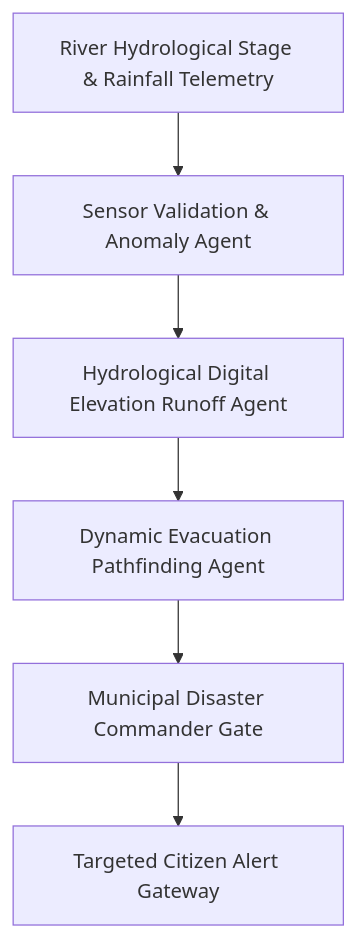
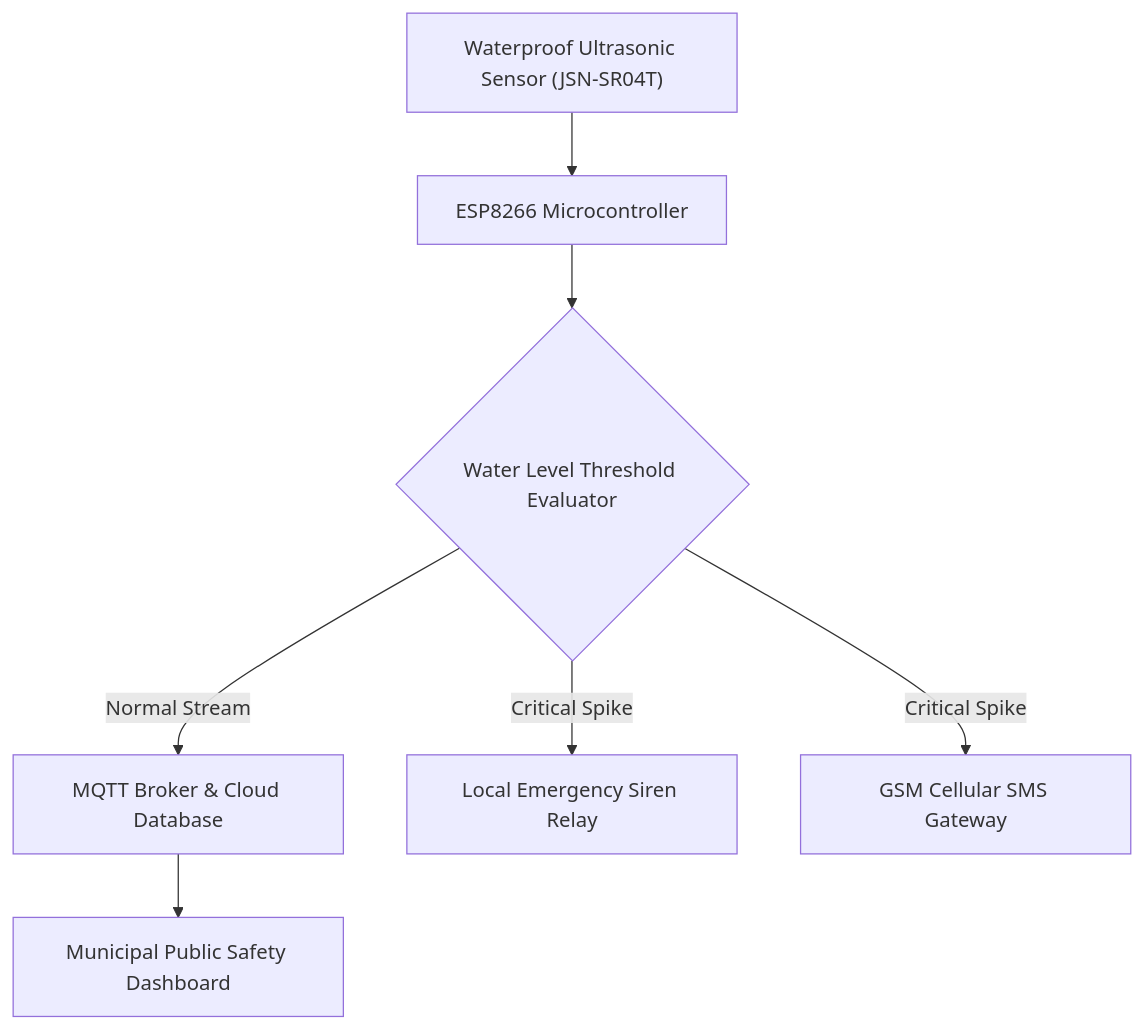
The diagram in README.md (Tharun4743/Floodguard), drawn with Mermaid before and after one commit. The commit also changed other lines of this file and 3 other files, not shown here.

````diff
--- a/README.md
+++ b/README.md
@@ -56,8 +39,9 @@
 ```mermaid
-graph TD
-    Sensors["River Hydrological Stage & Rainfall Telemetry"] --> Validator["Sensor Validation & Anomaly Agent"]
-    Validator --> Risk["Hydrological Digital Elevation Runoff Agent"]
-    Risk --> Router["Dynamic Evacuation Pathfinding Agent"]
-    Router --> Commander["Municipal Disaster Commander Gate"]
-    Commander --> Broadcast["Targeted Citizen Alert Gateway"]
+flowchart TD
+    Sensor["Waterproof Ultrasonic Sensor (JSN-SR04T)"] --> MCU["ESP8266 Microcontroller"]
+    MCU --> Telemetry{"Water Level Threshold Evaluator"}
+    Telemetry -->|"Normal Stream"| MQTT["MQTT Broker & Cloud Database"]
+    Telemetry -->|"Critical Spike"| Siren["Local Emergency Siren Relay"]
+    Telemetry -->|"Critical Spike"| SMS["GSM Cellular SMS Gateway"]
+    MQTT --> WebApp["Municipal Public Safety Dashboard"]
 ```
````
